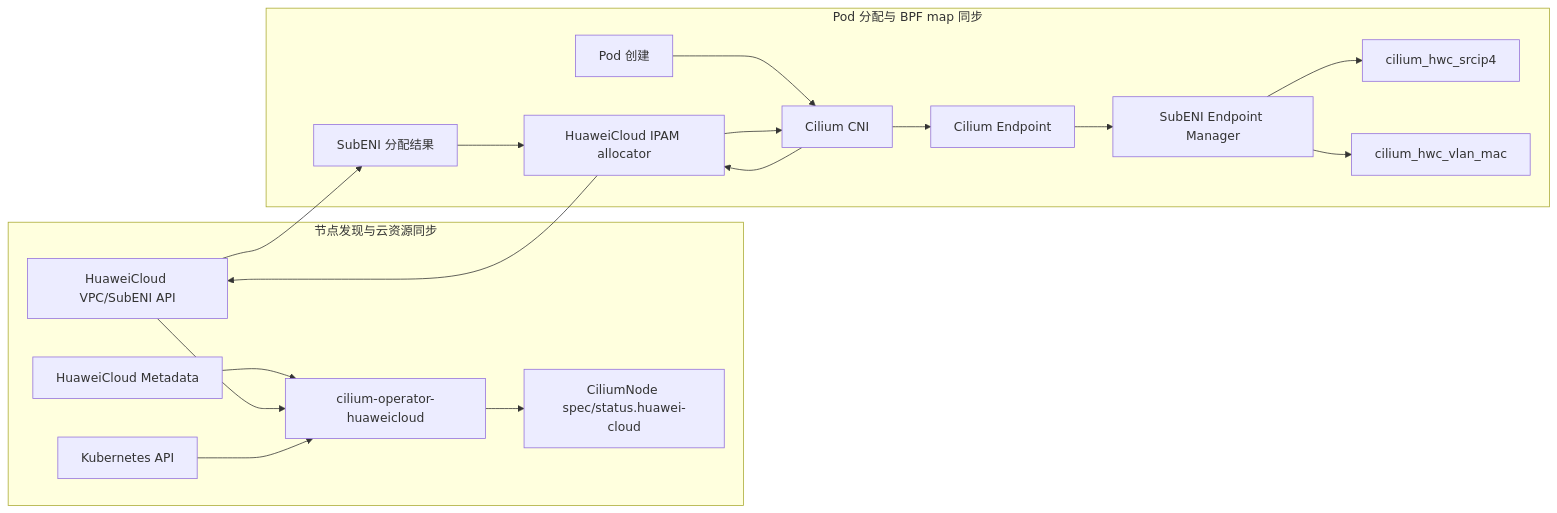
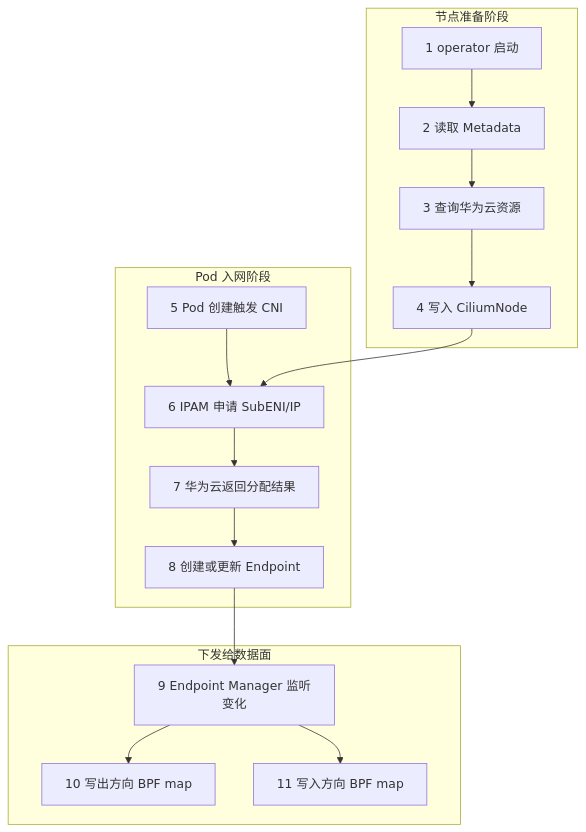
One commit to lchany/huawei-cilium-plug changed the second of 4 diagrams in README.md. Above: the diagram before and after it, drawn with Mermaid. The commit also changed other lines of this file, not shown here.

Commit message:
docs: humanize HuaweiCloud flow explanation

````diff
--- a/README.md
+++ b/README.md
@@ -81,31 +97,29 @@
 ```mermaid
-flowchart LR
-    subgraph discover["节点发现与云资源同步"]
-        meta["HuaweiCloud Metadata"]
-        api["HuaweiCloud VPC/SubENI API"]
-        operator["cilium-operator-huaweicloud"]
-        k8s["Kubernetes API"]
-        cn["CiliumNode spec/status.huawei-cloud"]
-
-        meta --> operator
-        api --> operator
-        k8s --> operator
-        operator --> cn
+flowchart TB
+    subgraph node["节点准备阶段"]
+        s1["1 operator 启动"]
+        s2["2 读取 Metadata"]
+        s3["3 查询华为云资源"]
+        s4["4 写入 CiliumNode"]
+        s1 --> s2 --> s3 --> s4
     end
 
-    subgraph alloc["Pod 分配与 BPF map 同步"]
-        pod["Pod 创建"]
-        cni["Cilium CNI"]
-        ipam["HuaweiCloud IPAM allocator"]
-        subeni["SubENI 分配结果"]
-        endpoint["Cilium Endpoint"]
-        manager["SubENI Endpoint Manager"]
-        map1["cilium_hwc_srcip4"]
-        map2["cilium_hwc_vlan_mac"]
+    subgraph pod["Pod 入网阶段"]
+        s5["5 Pod 创建触发 CNI"]
+        s6["6 IPAM 申请 SubENI/IP"]
+        s7["7 华为云返回分配结果"]
+        s8["8 创建或更新 Endpoint"]
+        s5 --> s6 --> s7 --> s8
+    end
 
-        pod --> cni --> ipam --> api
-        api --> subeni --> ipam --> cni --> endpoint --> manager
-        manager --> map1
-        manager --> map2
+    subgraph datapath["下发给数据面"]
+        s9["9 Endpoint Manager 监听变化"]
+        s10["10 写出方向 BPF map"]
+        s11["11 写入方向 BPF map"]
+        s9 --> s10
+        s9 --> s11
     end
+
+    s4 --> s6
+    s8 --> s9
 ```
````
